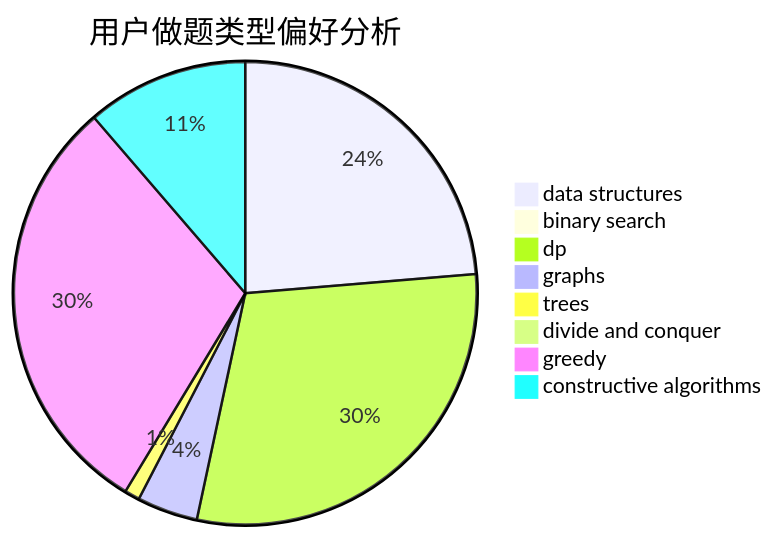
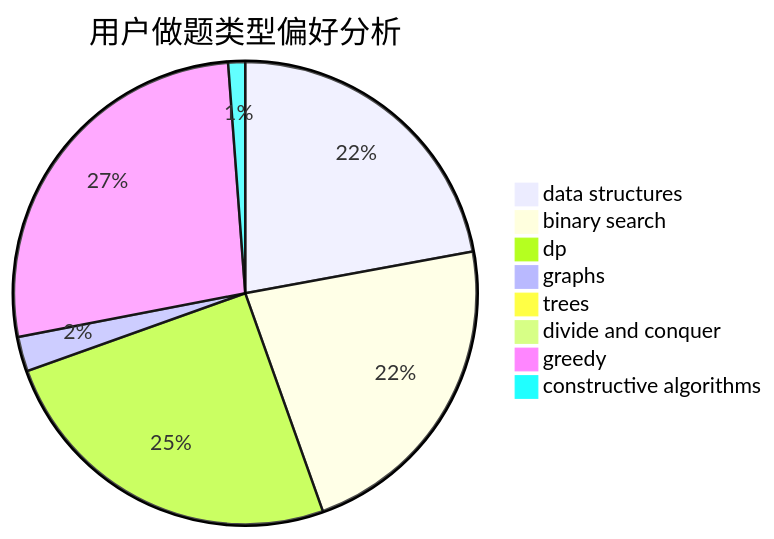
The second of 3 diagrams in docs/user/u2696.md (sherpahu/cfrs.github.io), drawn with Mermaid before and after one commit. The commit also changed other lines of this file and 2770 other files, not shown here.

````diff
--- a/docs/user/u2696.md
+++ b/docs/user/u2696.md
@@ -23,11 +23,11 @@
 ```mermaid
 pie title 用户做题类型偏好分析
-    "data structures" :  67
-    "binary search" :  0
-    "dp" :  84
-    "graphs" :  12
-    "trees" :  3
+    "data structures" :  392
+    "binary search" :  398
+    "dp" :  443
+    "graphs" :  43
+    "trees" :  0
     "divide and conquer" :  0
-    "greedy" :  85
-    "constructive algorithms" :  32
+    "greedy" :  476
+    "constructive algorithms" :  21
 ```
````
